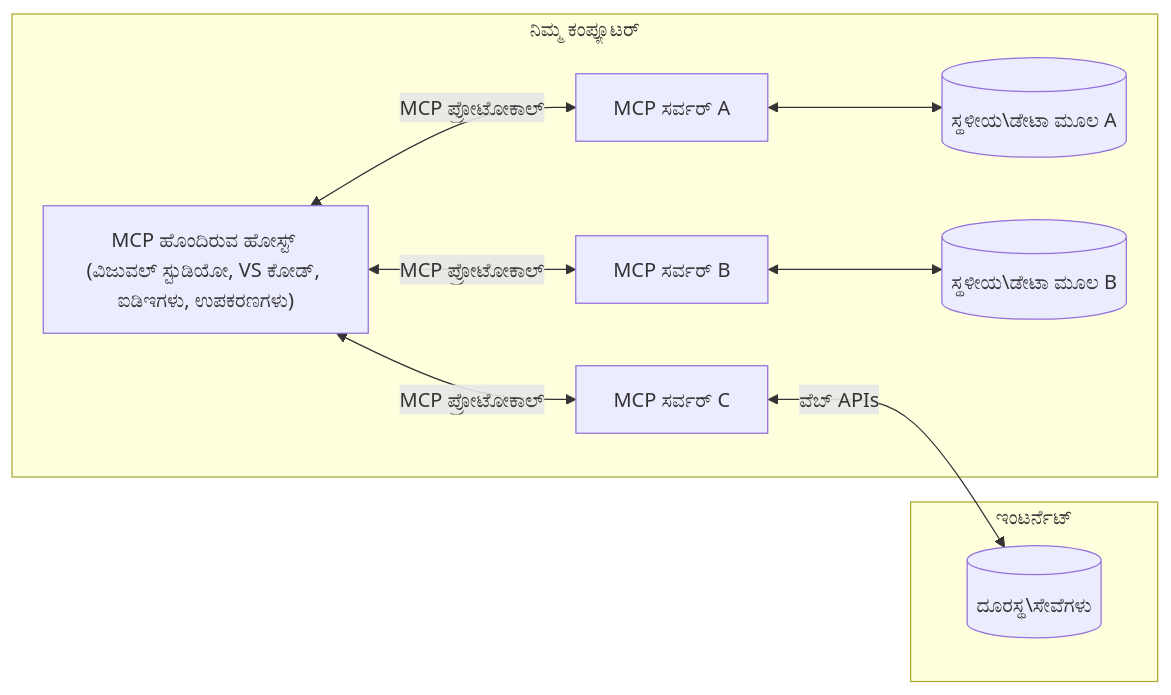
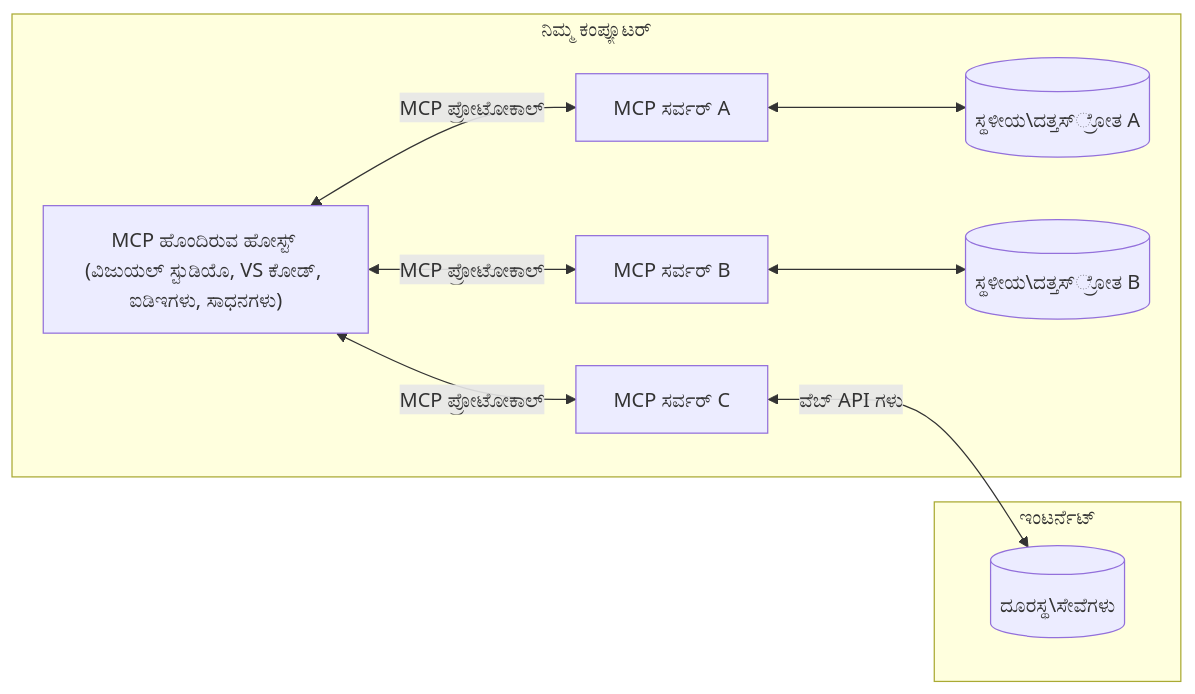
Before and after one commit to Mu-L/mcp-for-beginners: the diagram in translations/kn/01-CoreConcepts/README.md, drawn with Mermaid. The commit also changed other lines of this file and 5 other files, not shown here.

````diff
--- a/translations/kn/01-CoreConcepts/README.md
+++ b/translations/kn/01-CoreConcepts/README.md
@@ -45,17 +45,17 @@
 ```mermaid
 flowchart LR
     subgraph "ನಿಮ್ಮ ಕಂಪ್ಯೂಟರ್"
-        Host["MCP ಹೊಂದಿರುವ ಹೋಸ್ಟ್ (ವಿಜುವಲ್ ಸ್ಟುಡಿಯೋ, VS ಕೋಡ್, ಐಡಿಇಗಳು, ಉಪಕರಣಗಳು)"]
+        Host["MCP ಹೊಂದಿರುವ ಹೋಸ್ಟ್ (ವಿಜುಯಲ್ ಸ್ಟುಡಿಯೊ, VS ಕೋಡ್, ಐಡಿಇಗಳು, ಸಾಧನಗಳು)"]
         S1["MCP ಸರ್ವರ್ A"]
         S2["MCP ಸರ್ವರ್ B"]
         S3["MCP ಸರ್ವರ್ C"]
         Host <-->|"MCP ಪ್ರೋಟೋಕಾಲ್"| S1
         Host <-->|"MCP ಪ್ರೋಟೋಕಾಲ್"| S2
         Host <-->|"MCP ಪ್ರೋಟೋಕಾಲ್"| S3
-        S1 <--> D1[("ಸ್ಥಳೀಯ\ಡೇಟಾ ಮೂಲ A")]
-        S2 <--> D2[("ಸ್ಥಳೀಯ\ಡೇಟಾ ಮೂಲ B")]
+        S1 <--> D1[("ಸ್ಥಳೀಯ\ದತ್ತಸ್್ರೋತ A")]
+        S2 <--> D2[("ಸ್ಥಳೀಯ\ದತ್ತಸ್್ರೋತ B")]
     end
     subgraph "ಇಂಟರ್ನೆಟ್"
-        S3 <-->|"ವೆಬ್ APIs"| D3[("ದೂರಸ್ಥ\ಸೇವೆಗಳು")]
+        S3 <-->|"ವೆಬ್ API ಗಳು"| D3[("ದೂರಸ್ಥ\ಸೇವೆಗಳು")]
     end
-```
+```  
````
